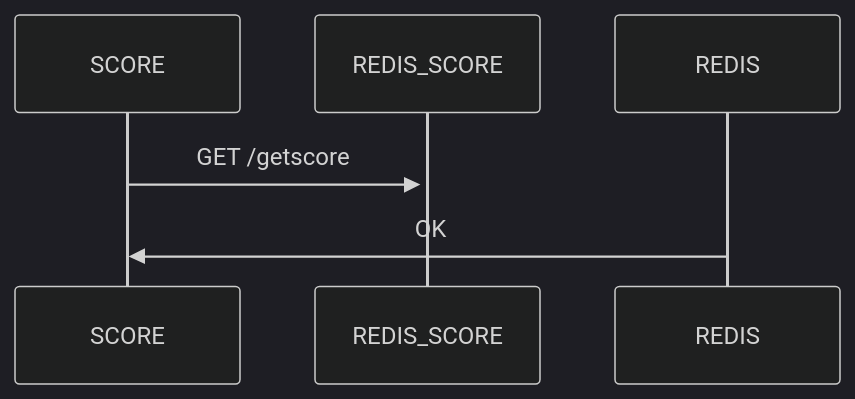
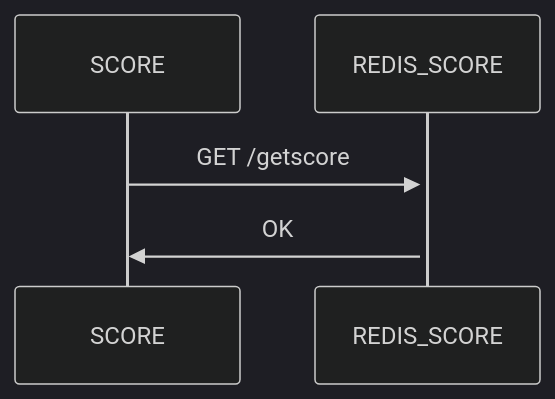
Before and after one commit to essadany/motus: the third of 3 diagrams in README.md, drawn with Mermaid (dark theme).

````diff
--- a/README.md
+++ b/README.md
@@ -27,5 +27,5 @@
 ```mermaid
 sequenceDiagram
     SCORE->>+REDIS_SCORE : GET /getscore
-    REDIS->>SCORE : OK
+    REDIS_SCORE->>SCORE : OK
 ```
````
